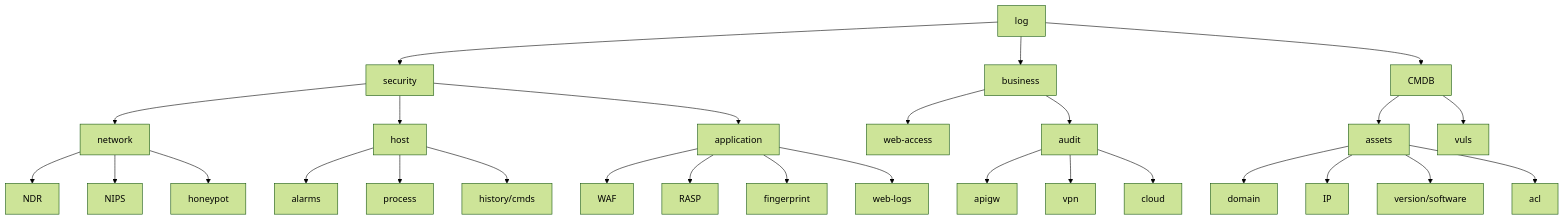
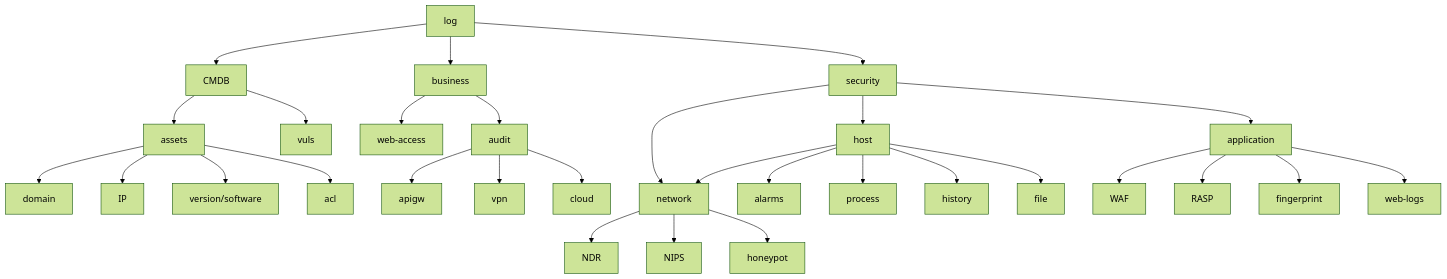
One commit to Jayway007/Offense-and-Defense changed the diagram in Defense/Security-Operation/IPDRR/Detect/Log-integration/README.md. Above: the diagram before and after it, drawn with Mermaid (forest theme).

````diff
--- a/Defense/Security-Operation/IPDRR/Detect/Log-integration/README.md
+++ b/Defense/Security-Operation/IPDRR/Detect/Log-integration/README.md
@@ -14,39 +14,41 @@
  ```mermaid
 graph TD;
     log-->security;
     log-->business;
     log-->CMDB;
     
     CMDB-->assets;
     CMDB-->vuls;
     
     assets-->domain;
     assets-->IP;
     assets-->version/software;
     assets-->acl;
     
     business-->web-access;
     business-->audit;
     audit-->apigw;
     audit-->vpn;
     audit-->cloud;
     
     security-->network;
     security-->host;
     security-->application;
     
     host-->alarms;
     host-->process;
-    host-->history/cmds;
+    host-->history;
+    host-->file;
+    host-->network;
     
     
     network-->NDR;
     network-->NIPS;
     network-->honeypot;
     
     application-->WAF;
     application-->RASP;
     application-->fingerprint;
     application-->web-logs;
     
 ```
````
